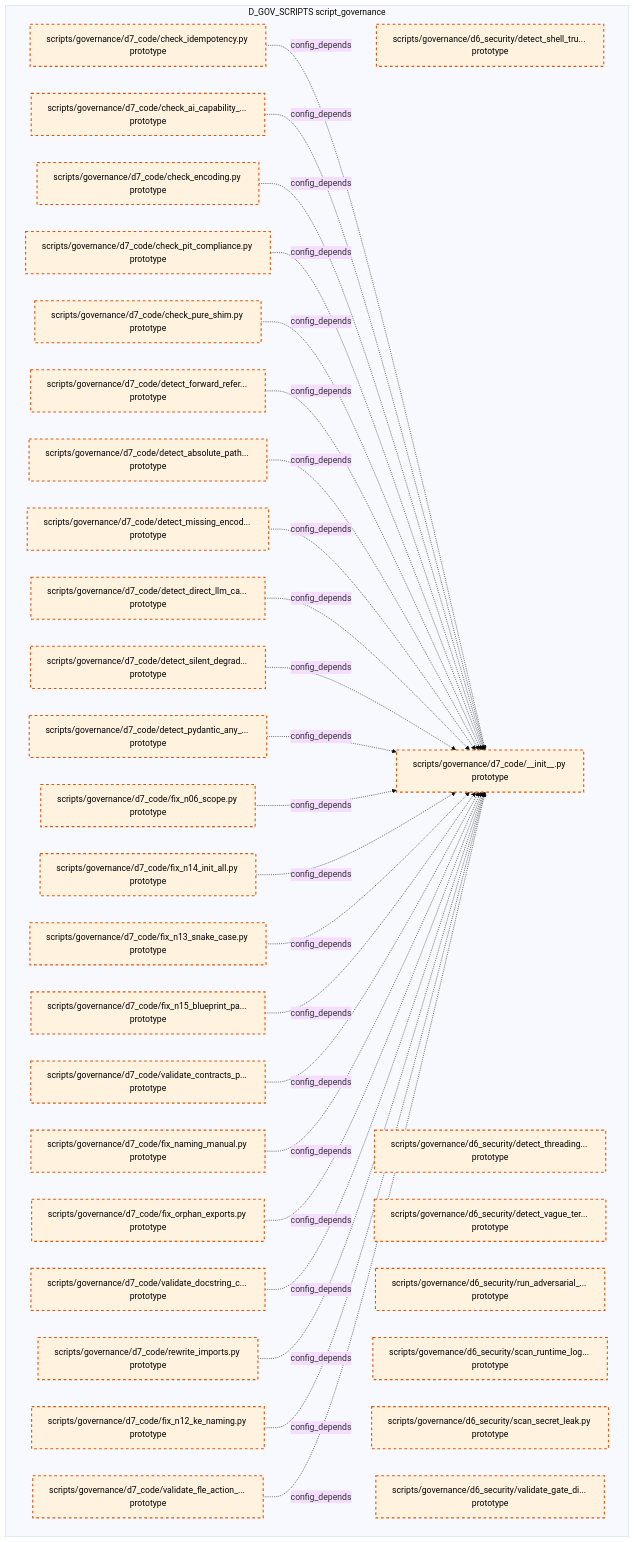
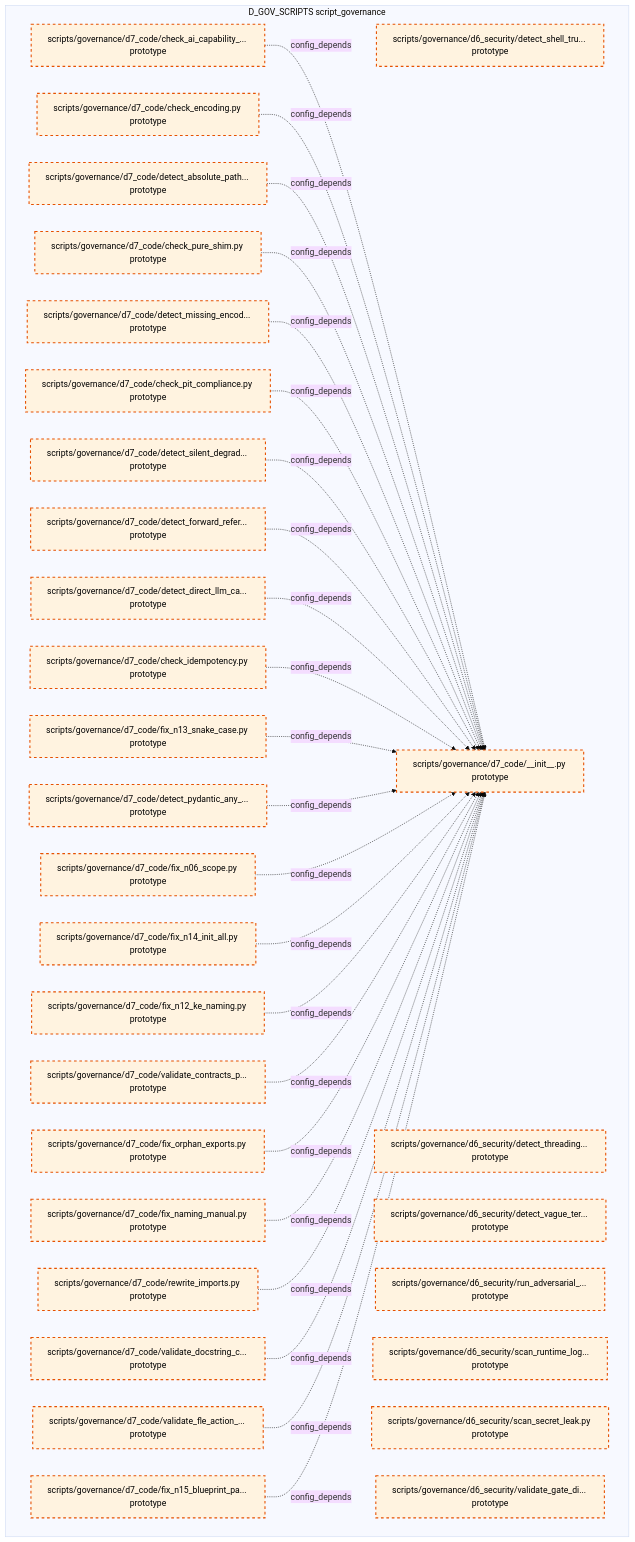
One commit to xuanFelixVan/ZephyrAlpha changed the tenth of 15 diagrams in docs/02_enterprise_architecture/02_domain_architecture_docs/36_d_gov_scripts.md. Above: the diagram before and after it, drawn with Mermaid (base theme). The commit also changed other lines of this file and 99 other files, not shown here.

````diff
--- a/docs/02_enterprise_architecture/02_domain_architecture_docs/36_d_gov_scripts.md
+++ b/docs/02_enterprise_architecture/02_domain_architecture_docs/36_d_gov_scripts.md
@@ -691,62 +690,62 @@
 ```mermaid
 graph TD
     subgraph D_GOV_SCRIPTS["D_GOV_SCRIPTS script_governance"]
         scripts_governance_d6_security_detect_shell_true_py["scripts/governance/d6_security/detect_shell_tru... prototype"]
         scripts_governance_d6_security_detect_threading_lock_py["scripts/governance/d6_security/detect_threading... prototype"]
         scripts_governance_d6_security_detect_vague_terms_py["scripts/governance/d6_security/detect_vague_ter... prototype"]
         scripts_governance_d6_security_run_adversarial_checks_py["scripts/governance/d6_security/run_adversarial_... prototype"]
         scripts_governance_d6_security_scan_runtime_log_secrets_py["scripts/governance/d6_security/scan_runtime_log... prototype"]
         scripts_governance_d6_security_scan_secret_leak_py["scripts/governance/d6_security/scan_secret_leak.py prototype"]
         scripts_governance_d6_security_validate_gate_discipline_py["scripts/governance/d6_security/validate_gate_di... prototype"]
         scripts_governance_d7_code_init_py["scripts/governance/d7_code/__init__.py prototype"]
         scripts_governance_d7_code_check_ai_capability_boundary_py["scripts/governance/d7_code/check_ai_capability_... prototype"]
         scripts_governance_d7_code_check_encoding_py["scripts/governance/d7_code/check_encoding.py prototype"]
         scripts_governance_d7_code_check_idempotency_py["scripts/governance/d7_code/check_idempotency.py prototype"]
         scripts_governance_d7_code_check_pit_compliance_py["scripts/governance/d7_code/check_pit_compliance.py prototype"]
         scripts_governance_d7_code_check_pure_shim_py["scripts/governance/d7_code/check_pure_shim.py prototype"]
         scripts_governance_d7_code_detect_absolute_path_hardcoding_py["scripts/governance/d7_code/detect_absolute_path... prototype"]
         scripts_governance_d7_code_detect_direct_llm_calls_py["scripts/governance/d7_code/detect_direct_llm_ca... prototype"]
         scripts_governance_d7_code_detect_forward_reference_py["scripts/governance/d7_code/detect_forward_refer... prototype"]
         scripts_governance_d7_code_detect_missing_encoding_py["scripts/governance/d7_code/detect_missing_encod... prototype"]
         scripts_governance_d7_code_detect_pydantic_any_fields_py["scripts/governance/d7_code/detect_pydantic_any_... prototype"]
         scripts_governance_d7_code_detect_silent_degradation_py["scripts/governance/d7_code/detect_silent_degrad... prototype"]
         scripts_governance_d7_code_fix_n06_scope_py["scripts/governance/d7_code/fix_n06_scope.py prototype"]
         scripts_governance_d7_code_fix_n12_ke_naming_py["scripts/governance/d7_code/fix_n12_ke_naming.py prototype"]
         scripts_governance_d7_code_fix_n13_snake_case_py["scripts/governance/d7_code/fix_n13_snake_case.py prototype"]
         scripts_governance_d7_code_fix_n14_init_all_py["scripts/governance/d7_code/fix_n14_init_all.py prototype"]
         scripts_governance_d7_code_fix_n15_blueprint_path_py["scripts/governance/d7_code/fix_n15_blueprint_pa... prototype"]
         scripts_governance_d7_code_fix_naming_manual_py["scripts/governance/d7_code/fix_naming_manual.py prototype"]
         scripts_governance_d7_code_fix_orphan_exports_py["scripts/governance/d7_code/fix_orphan_exports.py prototype"]
         scripts_governance_d7_code_rewrite_imports_py["scripts/governance/d7_code/rewrite_imports.py prototype"]
         scripts_governance_d7_code_validate_contracts_purity_py["scripts/governance/d7_code/validate_contracts_p... prototype"]
         scripts_governance_d7_code_validate_docstring_coverage_py["scripts/governance/d7_code/validate_docstring_c... prototype"]
         scripts_governance_d7_code_validate_fle_action_metadata_py["scripts/governance/d7_code/validate_fle_action_... prototype"]
     end
-    scripts_governance_d7_code_check_idempotency_py -.->|config_depends| scripts_governance_d7_code_init_py
     scripts_governance_d7_code_check_ai_capability_boundary_py -.->|config_depends| scripts_governance_d7_code_init_py
     scripts_governance_d7_code_check_encoding_py -.->|config_depends| scripts_governance_d7_code_init_py
+    scripts_governance_d7_code_detect_absolute_path_hardcoding_py -.->|config_depends| scripts_governance_d7_code_init_py
+    scripts_governance_d7_code_check_pure_shim_py -.->|config_depends| scripts_governance_d7_code_init_py
+    scripts_governance_d7_code_detect_missing_encoding_py -.->|config_depends| scripts_governance_d7_code_init_py
     scripts_governance_d7_code_check_pit_compliance_py -.->|config_depends| scripts_governance_d7_code_init_py
-    scripts_governance_d7_code_check_pure_shim_py -.->|config_depends| scripts_governance_d7_code_init_py
+    scripts_governance_d7_code_detect_silent_degradation_py -.->|config_depends| scripts_governance_d7_code_init_py
     scripts_governance_d7_code_detect_forward_reference_py -.->|config_depends| scripts_governance_d7_code_init_py
-    scripts_governance_d7_code_detect_absolute_path_hardcoding_py -.->|config_depends| scripts_governance_d7_code_init_py
-    scripts_governance_d7_code_detect_missing_encoding_py -.->|config_depends| scripts_governance_d7_code_init_py
     scripts_governance_d7_code_detect_direct_llm_calls_py -.->|config_depends| scripts_governance_d7_code_init_py
-    scripts_governance_d7_code_detect_silent_degradation_py -.->|config_depends| scripts_governance_d7_code_init_py
+    scripts_governance_d7_code_check_idempotency_py -.->|config_depends| scripts_governance_d7_code_init_py
+    scripts_governance_d7_code_fix_n13_snake_case_py -.->|config_depends| scripts_governance_d7_code_init_py
     scripts_governance_d7_code_detect_pydantic_any_fields_py -.->|config_depends| scripts_governance_d7_code_init_py
     scripts_governance_d7_code_fix_n06_scope_py -.->|config_depends| scripts_governance_d7_code_init_py
     scripts_governance_d7_code_fix_n14_init_all_py -.->|config_depends| scripts_governance_d7_code_init_py
-    scripts_governance_d7_code_fix_n13_snake_case_py -.->|config_depends| scripts_governance_d7_code_init_py
+    scripts_governance_d7_code_fix_n12_ke_naming_py -.->|config_depends| scripts_governance_d7_code_init_py
+    scripts_governance_d7_code_validate_contracts_purity_py -.->|config_depends| scripts_governance_d7_code_init_py
+    scripts_governance_d7_code_fix_orphan_exports_py -.->|config_depends| scripts_governance_d7_code_init_py
+    scripts_governance_d7_code_fix_naming_manual_py -.->|config_depends| scripts_governance_d7_code_init_py
+    scripts_governance_d7_code_rewrite_imports_py -.->|config_depends| scripts_governance_d7_code_init_py
+    scripts_governance_d7_code_validate_docstring_coverage_py -.->|config_depends| scripts_governance_d7_code_init_py
+    scripts_governance_d7_code_validate_fle_action_metadata_py -.->|config_depends| scripts_governance_d7_code_init_py
     scripts_governance_d7_code_fix_n15_blueprint_path_py -.->|config_depends| scripts_governance_d7_code_init_py
-    scripts_governance_d7_code_validate_contracts_purity_py -.->|config_depends| scripts_governance_d7_code_init_py
-    scripts_governance_d7_code_fix_naming_manual_py -.->|config_depends| scripts_governance_d7_code_init_py
-    scripts_governance_d7_code_fix_orphan_exports_py -.->|config_depends| scripts_governance_d7_code_init_py
-    scripts_governance_d7_code_validate_docstring_coverage_py -.->|config_depends| scripts_governance_d7_code_init_py
-    scripts_governance_d7_code_rewrite_imports_py -.->|config_depends| scripts_governance_d7_code_init_py
-    scripts_governance_d7_code_fix_n12_ke_naming_py -.->|config_depends| scripts_governance_d7_code_init_py
-    scripts_governance_d7_code_validate_fle_action_metadata_py -.->|config_depends| scripts_governance_d7_code_init_py
     classDef production fill:#e1f5fe,stroke:#01579b,stroke-width:2px,color:#000
     classDef design fill:#fff3e0,stroke:#e65100,stroke-width:2px,color:#000,stroke-dasharray: 5 5
     classDef external_prod fill:#e8f5e9,stroke:#1b5e20,stroke-width:1px,color:#000
     classDef external_design fill:#fce4ec,stroke:#880e4f,stroke-width:1px,color:#000,stroke-dasharray: 5 5
     class scripts_governance_d6_security_detect_shell_true_py,scripts_governance_d6_security_detect_threading_lock_py,scripts_governance_d6_security_detect_vague_terms_py,scripts_governance_d6_security_run_adversarial_checks_py,scripts_governance_d6_security_scan_runtime_log_secrets_py,scripts_governance_d6_security_scan_secret_leak_py,scripts_governance_d6_security_validate_gate_discipline_py,scripts_governance_d7_code_init_py,scripts_governance_d7_code_check_ai_capability_boundary_py,scripts_governance_d7_code_check_encoding_py,scripts_governance_d7_code_check_idempotency_py,scripts_governance_d7_code_check_pit_compliance_py,scripts_governance_d7_code_check_pure_shim_py,scripts_governance_d7_code_detect_absolute_path_hardcoding_py,scripts_governance_d7_code_detect_direct_llm_calls_py,scripts_governance_d7_code_detect_forward_reference_py,scripts_governance_d7_code_detect_missing_encoding_py,scripts_governance_d7_code_detect_pydantic_any_fields_py,scripts_governance_d7_code_detect_silent_degradation_py,scripts_governance_d7_code_fix_n06_scope_py,scripts_governance_d7_code_fix_n12_ke_naming_py,scripts_governance_d7_code_fix_n13_snake_case_py,scripts_governance_d7_code_fix_n14_init_all_py,scripts_governance_d7_code_fix_n15_blueprint_path_py,scripts_governance_d7_code_fix_naming_manual_py,scripts_governance_d7_code_fix_orphan_exports_py,scripts_governance_d7_code_rewrite_imports_py,scripts_governance_d7_code_validate_contracts_purity_py,scripts_governance_d7_code_validate_docstring_coverage_py,scripts_governance_d7_code_validate_fle_action_metadata_py design
 ```
````
